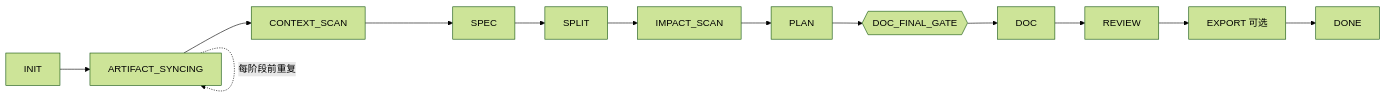
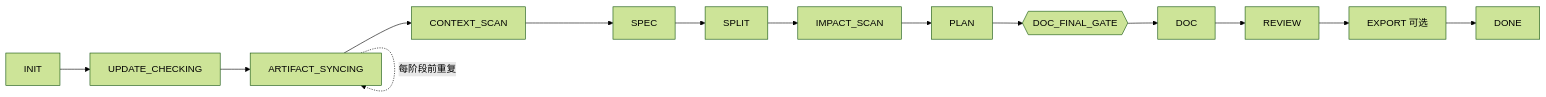
The diagram in README.md (lzwcyd/prd-to-design), drawn with Mermaid (forest theme) before and after one commit. The commit also changed other lines of this file and 1 other file, not shown here.

Commit message:
feat: 启动时自检远程更新，落后则提示手动拉取最新版本

````diff
--- a/README.md
+++ b/README.md
@@ -78,15 +78,16 @@
 ```mermaid
 flowchart LR
-    init[INIT] --> sync[ARTIFACT_SYNCING]
+    init[INIT] --> update[UPDATE_CHECKING]
+    update --> sync[ARTIFACT_SYNCING]
     sync -. 每阶段前重复 .-> sync
     sync --> contextScan[CONTEXT_SCAN]
     contextScan --> spec[SPEC]
     spec --> split[SPLIT]
     split --> impactScan[IMPACT_SCAN]
     impactScan --> plan[PLAN]
     plan --> docGate{{DOC_FINAL_GATE}}
     docGate --> doc[DOC]
     doc --> review[REVIEW]
     review --> exportNode[EXPORT 可选]
     exportNode --> doneNode[DONE]
 ```
````
